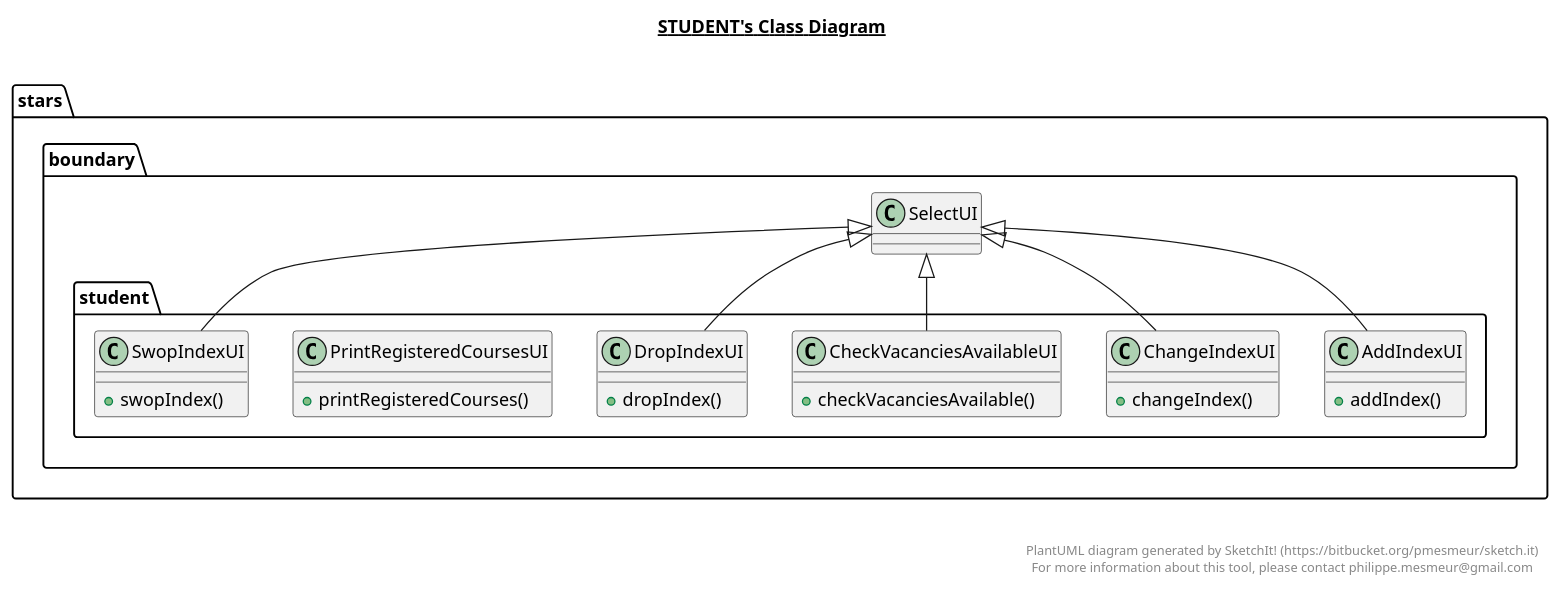
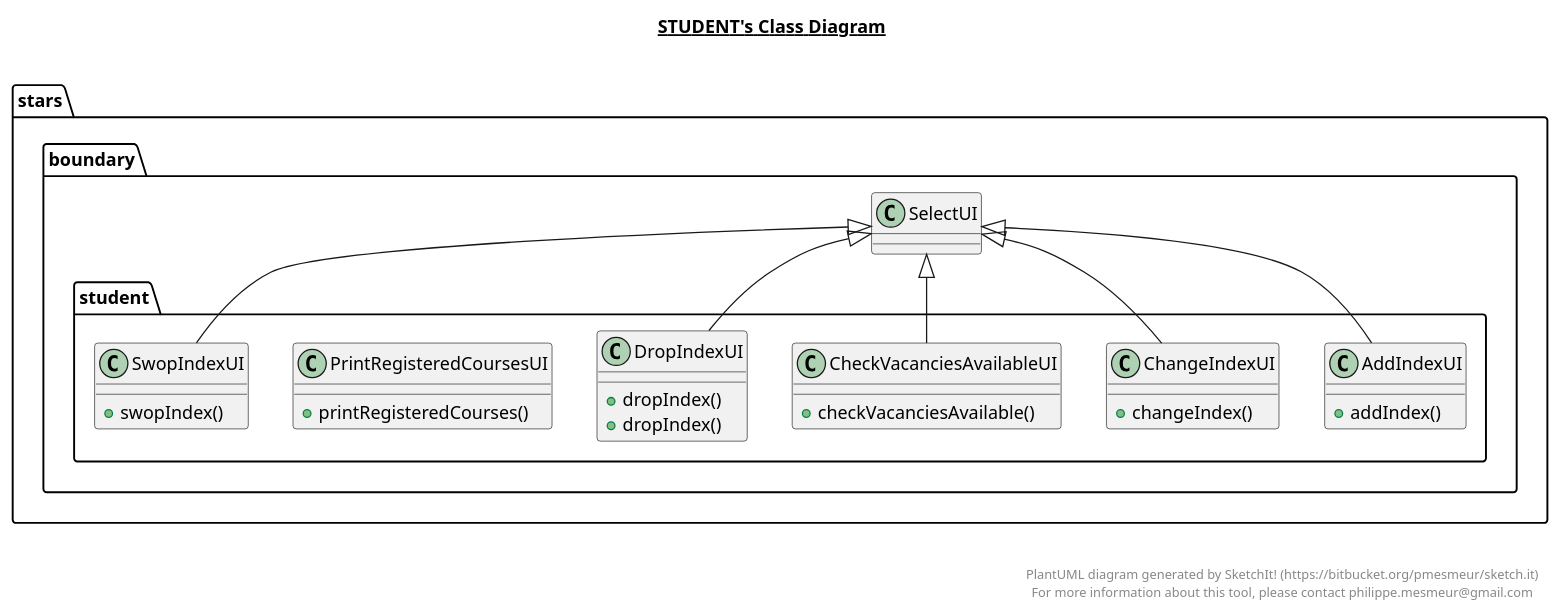
Before and after one commit to shengjie98/CZ2002: the diagram in stars/boundary/student/student.plantuml, drawn with PlantUML. The commit also changed 3 other files, not shown here.

```diff
--- a/stars/boundary/student/student.plantuml
+++ b/stars/boundary/student/student.plantuml
@@ -1,73 +1,74 @@
 @startuml
 
 title __STUDENT's Class Diagram__\n
 
   namespace stars.boundary {
     namespace student {
       class stars.boundary.student.AddIndexUI {
           + addIndex()
       }
     }
   }
   
 
   namespace stars.boundary {
     namespace student {
       class stars.boundary.student.ChangeIndexUI {
           + changeIndex()
       }
     }
   }
   
 
   namespace stars.boundary {
     namespace student {
       class stars.boundary.student.CheckVacanciesAvailableUI {
           + checkVacanciesAvailable()
       }
     }
   }
   
 
   namespace stars.boundary {
     namespace student {
       class stars.boundary.student.DropIndexUI {
           + dropIndex()
       }
     }
   }
-  
+
 
   namespace stars.boundary {
     namespace student {
       class stars.boundary.student.PrintRegisteredCoursesUI {
           + printRegisteredCourses()
+
       }
+      class stars.boundary.student.SwopIndexUI {
+                  + swopIndex()
+          }
+      class stars.boundary.student.DropIndexUI {
+                 + dropIndex()
+             }
     }
   }
   
 
-  namespace stars.boundary {
-    namespace student {
-      class stars.boundary.student.SwopIndexUI {
-          + swopIndex()
-      }
-    }
-  }
+
   
 
   stars.boundary.student.AddIndexUI -up-|> stars.boundary.SelectUI
   stars.boundary.student.ChangeIndexUI -up-|> stars.boundary.SelectUI
   stars.boundary.student.CheckVacanciesAvailableUI -up-|> stars.boundary.SelectUI
   stars.boundary.student.DropIndexUI -up-|> stars.boundary.SelectUI
   stars.boundary.student.SwopIndexUI -up-|> stars.boundary.SelectUI
 
 
 right footer
 
 
 PlantUML diagram generated by SketchIt! (https://bitbucket.org/pmesmeur/sketch.it)
 For more information about this tool, please contact philippe.mesmeur@gmail.com
 endfooter
 
 @enduml
```
